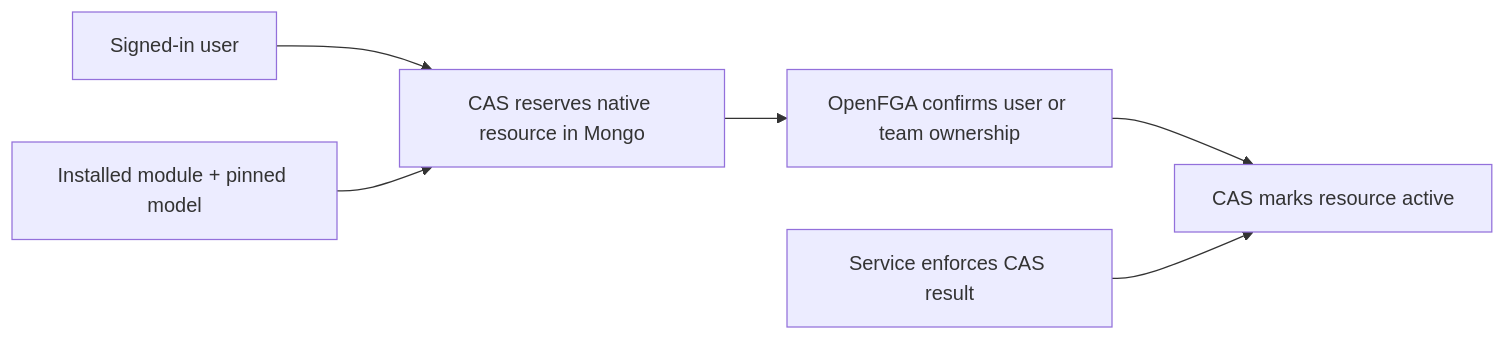
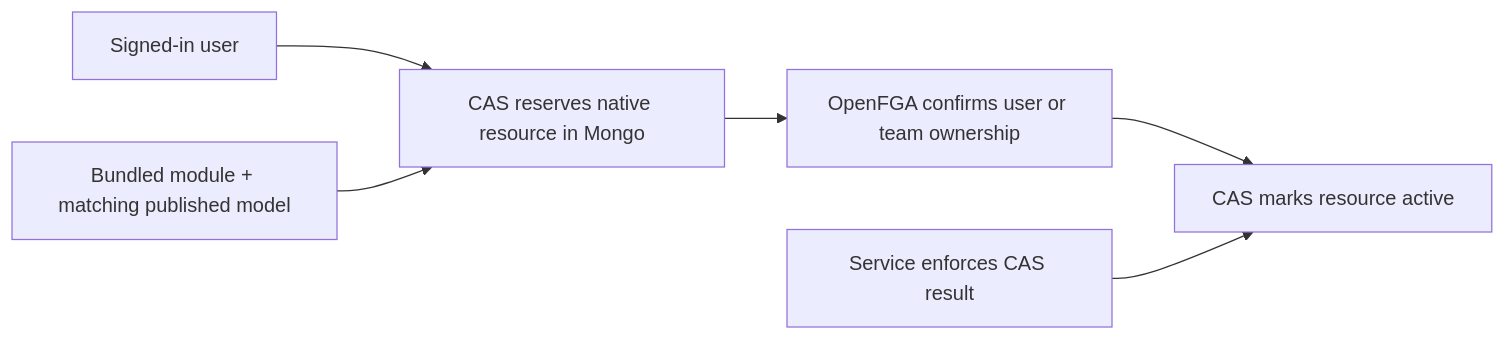
Before and after one commit to caipe-io/ai-platform-engineering: the second of 2 diagrams in docs/docs/security/rbac/access-api.md, drawn with Mermaid. The commit also changed other lines of this file and 45 other files, not shown here.

````diff
--- a/docs/docs/security/rbac/access-api.md
+++ b/docs/docs/security/rbac/access-api.md
@@ -82,8 +83,8 @@
 ```mermaid
 flowchart LR
     U["Signed-in user"] --> R["CAS reserves native resource in Mongo"]
-    I["Installed module + pinned model"] --> R
+    I["Bundled module + matching published model"] --> R
     R --> F["OpenFGA confirms user or team ownership"]
     F --> A["CAS marks resource active"]
     S["Service enforces CAS result"] --> A
 ```
````
